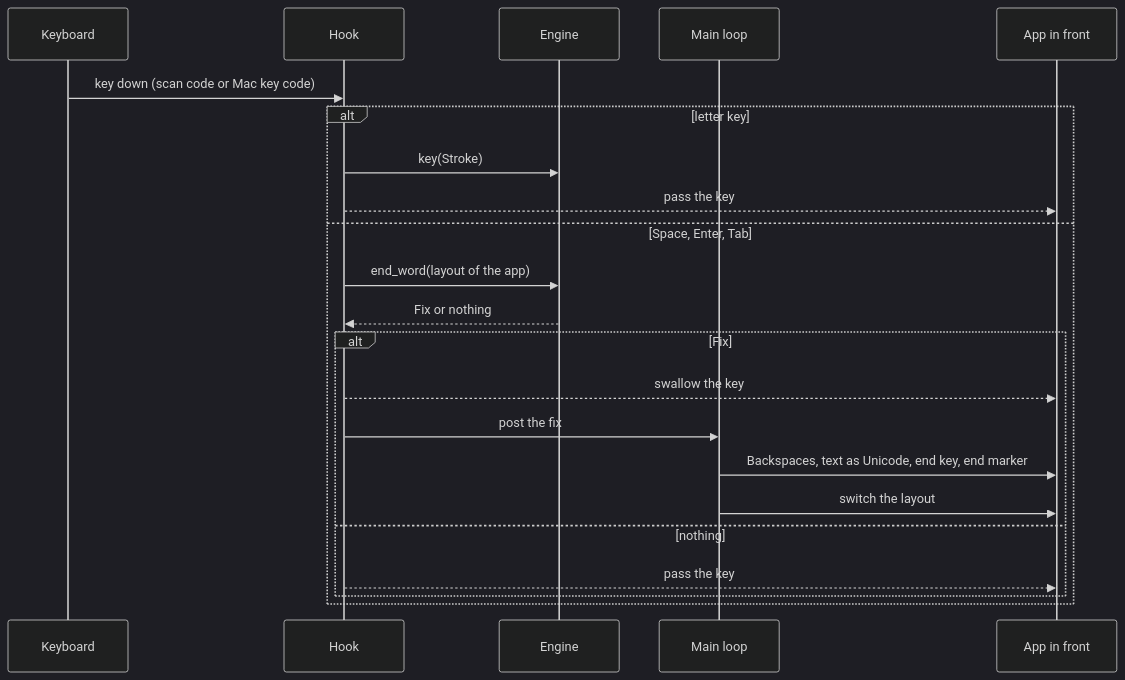
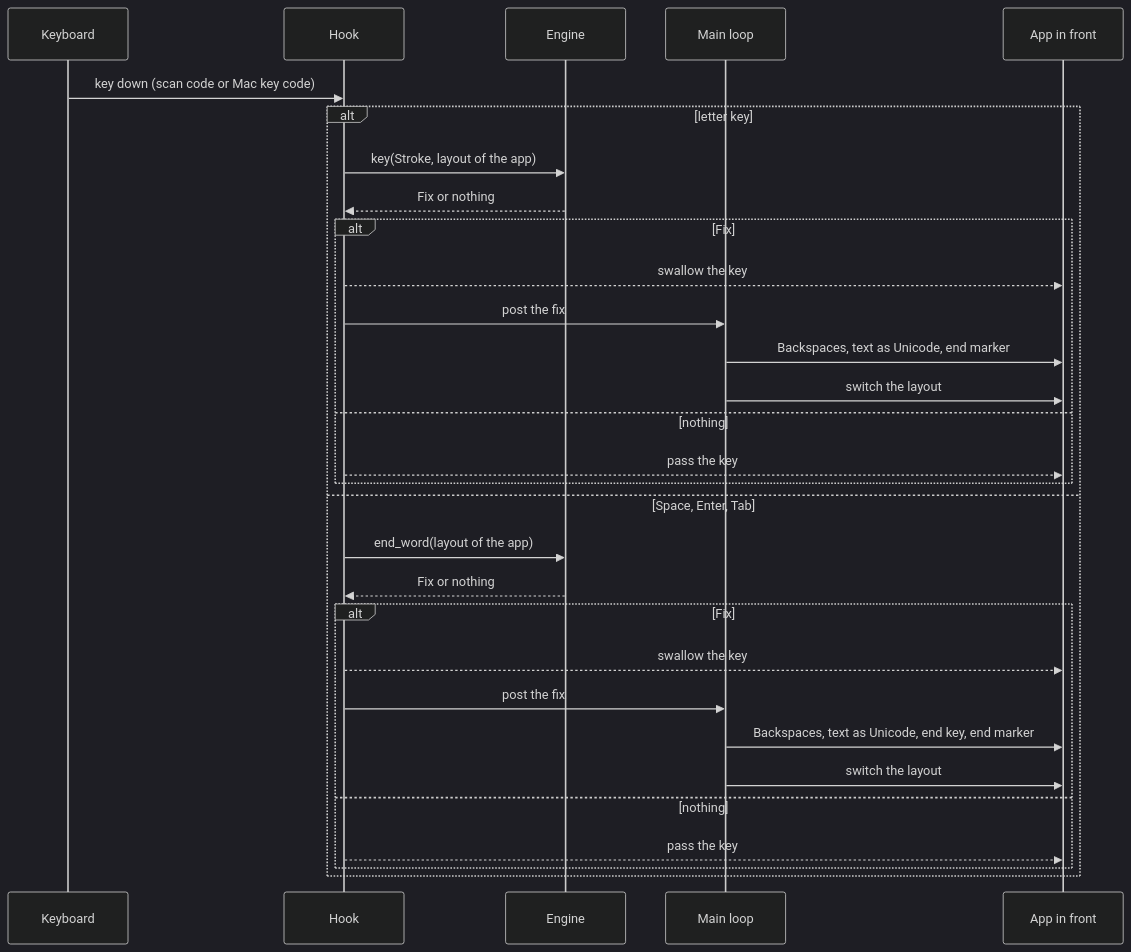
The second of 2 diagrams in docs/architecture.md (workbench-soft/langflip), drawn with Mermaid (dark theme) before and after one commit. The commit also changed other lines of this file and 11 other files, not shown here.

First line of the commit message:
feat: switch the layout while the word is typed (#11)

````diff
--- a/docs/architecture.md
+++ b/docs/architecture.md
@@ -41,24 +41,32 @@
 ```mermaid
 sequenceDiagram
     participant K as Keyboard
     participant H as Hook
     participant E as Engine
     participant Q as Main loop
     participant A as App in front
     K->>H: key down (scan code or Mac key code)
     alt letter key
-        H->>E: key(Stroke)
-        H-->>A: pass the key
+        H->>E: key(Stroke, layout of the app)
+        E-->>H: Fix or nothing
+        alt Fix
+            H-->>A: swallow the key
+            H->>Q: post the fix
+            Q->>A: Backspaces, text as Unicode, end marker
+            Q->>A: switch the layout
+        else nothing
+            H-->>A: pass the key
+        end
     else Space, Enter, Tab
         H->>E: end_word(layout of the app)
         E-->>H: Fix or nothing
         alt Fix
             H-->>A: swallow the key
             H->>Q: post the fix
             Q->>A: Backspaces, text as Unicode, end key, end marker
             Q->>A: switch the layout
         else nothing
             H-->>A: pass the key
         end
     end
 ```
````
